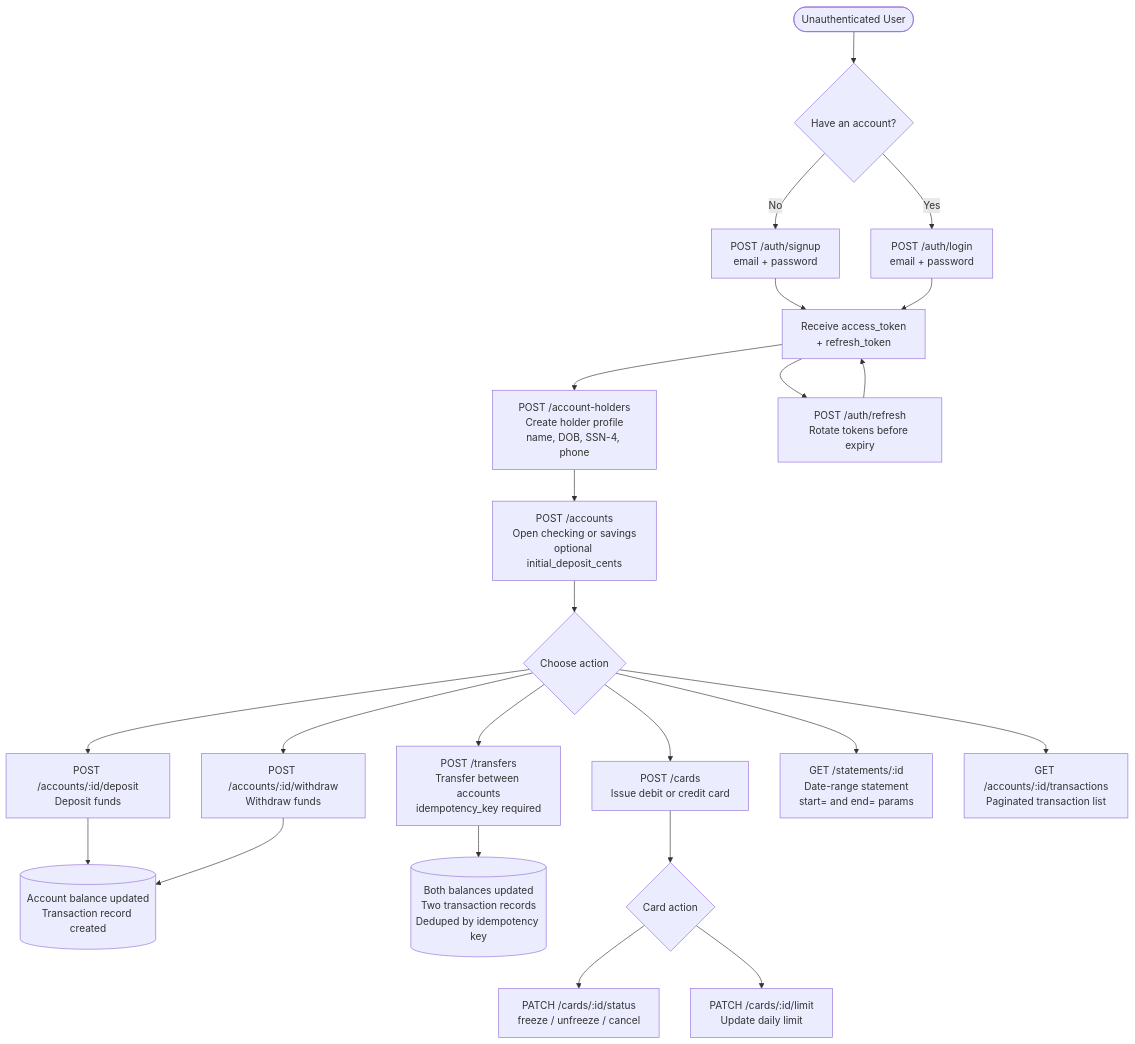
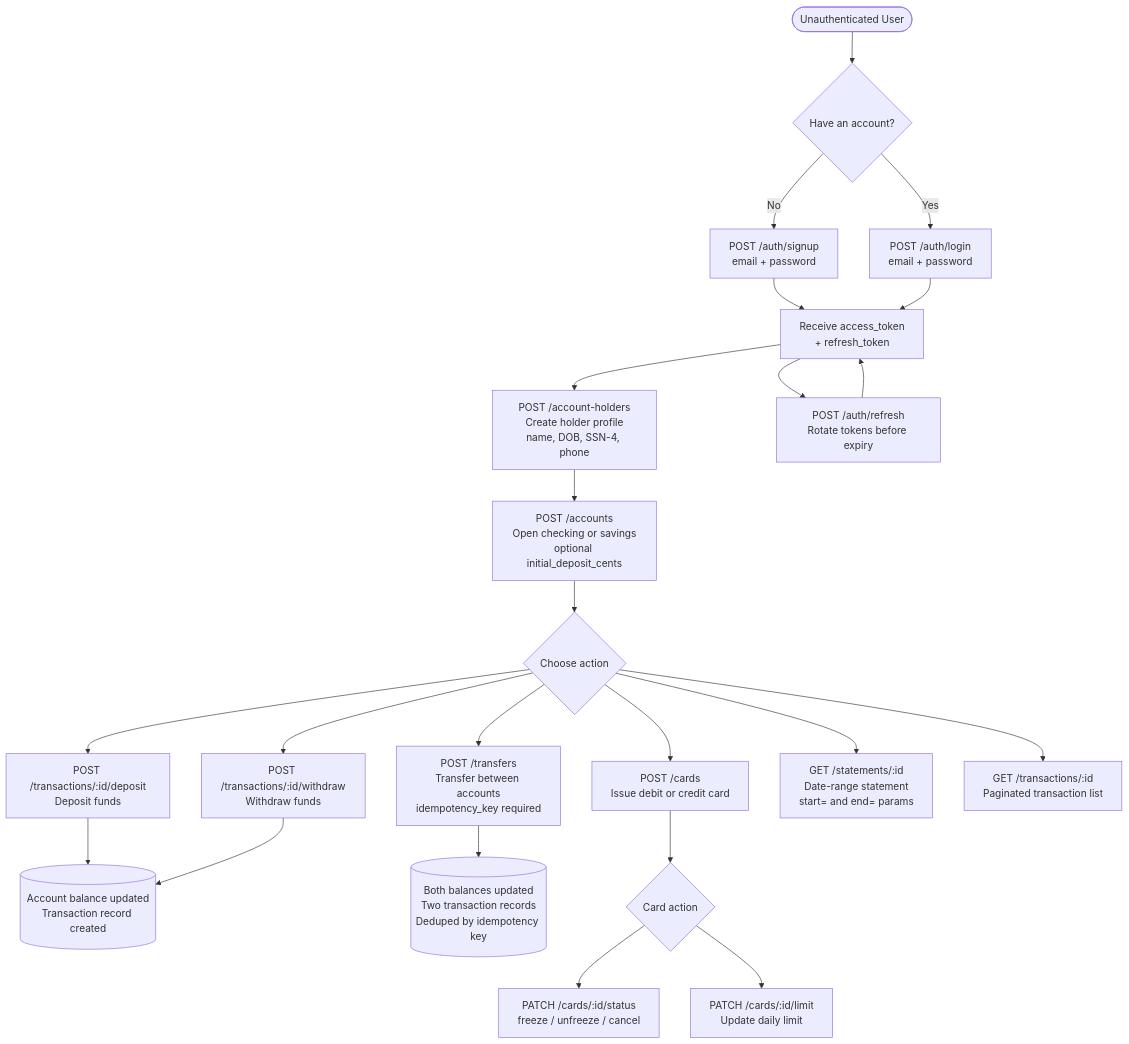
Before and after one commit to egorfolley/Banking_REST_Service: the diagram in README.md, drawn with Mermaid. The commit also changed other lines of this file, not shown here.

````diff
--- a/README.md
+++ b/README.md
@@ -43,34 +141,34 @@
 ```mermaid
 flowchart TD
     A([Unauthenticated User]) --> B{Have an account?}
 
     B -- No --> C["POST /auth/signup<br/>email + password"]
     B -- Yes --> D["POST /auth/login<br/>email + password"]
 
     C --> E["Receive access_token<br/>+ refresh_token"]
     D --> E
 
     E --> F["POST /account-holders<br/>Create holder profile<br/>name, DOB, SSN-4, phone"]
 
     F --> G["POST /accounts<br/>Open checking or savings<br/>optional initial_deposit_cents"]
 
     G --> H{Choose action}
 
-    H --> I["POST /accounts/:id/deposit<br/>Deposit funds"]
-    H --> J["POST /accounts/:id/withdraw<br/>Withdraw funds"]
+    H --> I["POST /transactions/:id/deposit<br/>Deposit funds"]
+    H --> J["POST /transactions/:id/withdraw<br/>Withdraw funds"]
     H --> K["POST /transfers<br/>Transfer between accounts<br/>idempotency_key required"]
     H --> L["POST /cards<br/>Issue debit or credit card"]
     H --> M["GET /statements/:id<br/>Date-range statement<br/>start= and end= params"]
-    H --> N["GET /accounts/:id/transactions<br/>Paginated transaction list"]
+    H --> N["GET /transactions/:id<br/>Paginated transaction list"]
 
     I --> O[("Account balance updated<br/>Transaction record created")]
     J --> O
     K --> P[("Both balances updated<br/>Two transaction records<br/>Deduped by idempotency key")]
 
     L --> Q{Card action}
     Q --> R["PATCH /cards/:id/status<br/>freeze / unfreeze / cancel"]
     Q --> S["PATCH /cards/:id/limit<br/>Update daily limit"]
 
     E --> T["POST /auth/refresh<br/>Rotate tokens before expiry"]
     T --> E
 ```
````
